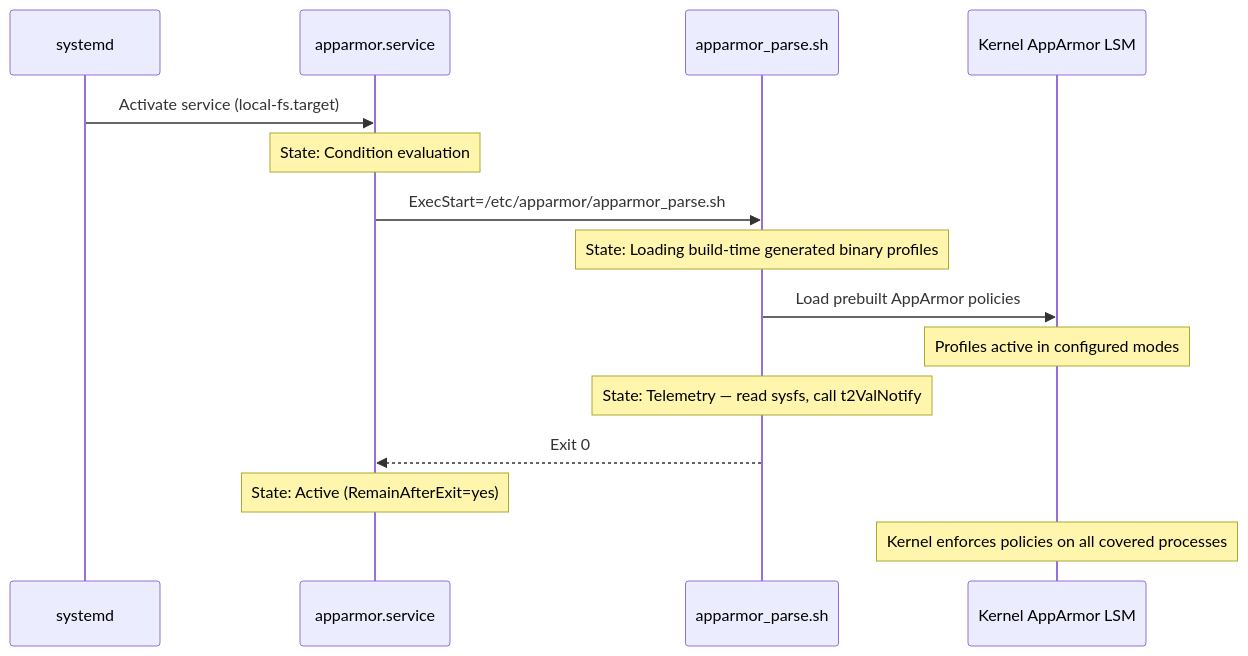
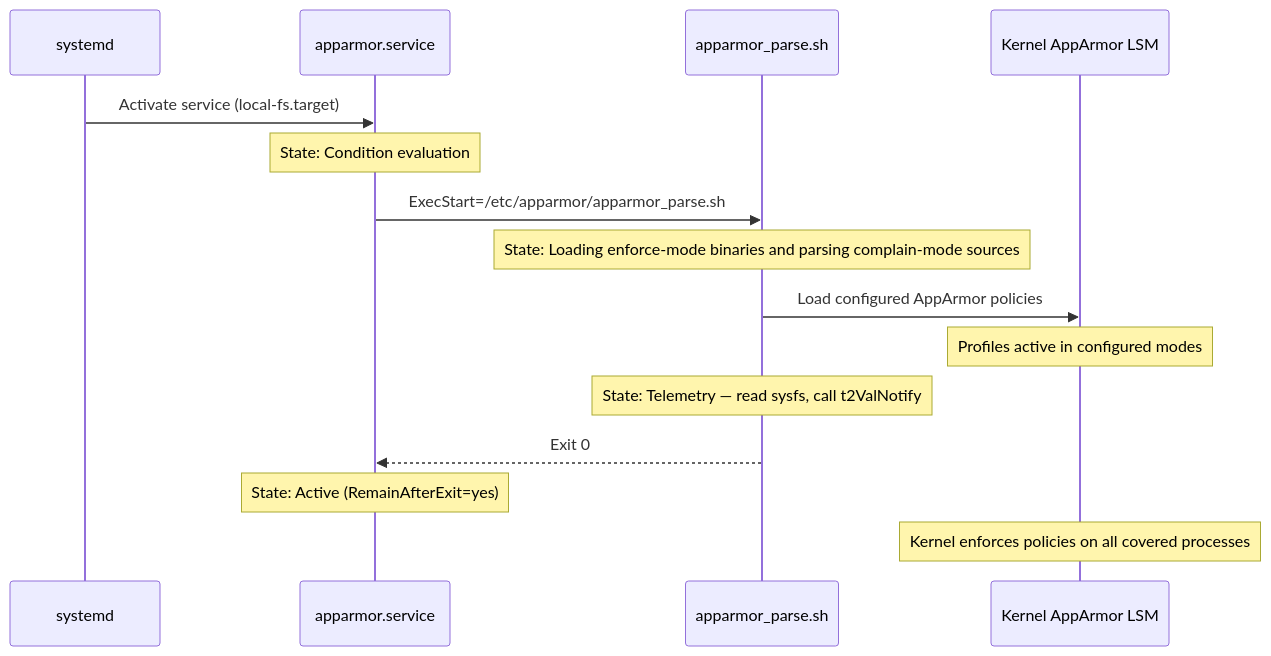
One commit to rdkcentral/rdk-apparmor-profiles changed the seventh of 8 diagrams in README.md. Above: the diagram before and after it, drawn with Mermaid. The commit also changed other lines of this file, not shown here.

````diff
--- a/README.md
+++ b/README.md
@@ -365,22 +367,22 @@
 ```mermaid
 sequenceDiagram
     participant SYSTEMD as systemd
     participant SVC as apparmor.service
     participant SH as apparmor_parse.sh
     participant KERNEL as Kernel AppArmor LSM
 
     SYSTEMD->>SVC: Activate service (local-fs.target)
     Note over SVC: State: Condition evaluation
 
     SVC->>SH: ExecStart=/etc/apparmor/apparmor_parse.sh
-    Note over SH: State: Loading build-time generated binary profiles
+    Note over SH: State: Loading enforce-mode binaries and parsing complain-mode sources
 
-    SH->>KERNEL: Load prebuilt AppArmor policies
+    SH->>KERNEL: Load configured AppArmor policies
     Note over KERNEL: Profiles active in configured modes
 
     Note over SH: State: Telemetry — read sysfs, call t2ValNotify
 
     SH-->>SVC: Exit 0
     Note over SVC: State: Active (RemainAfterExit=yes)
     Note over KERNEL: Kernel enforces policies on all covered processes
 ```
````
